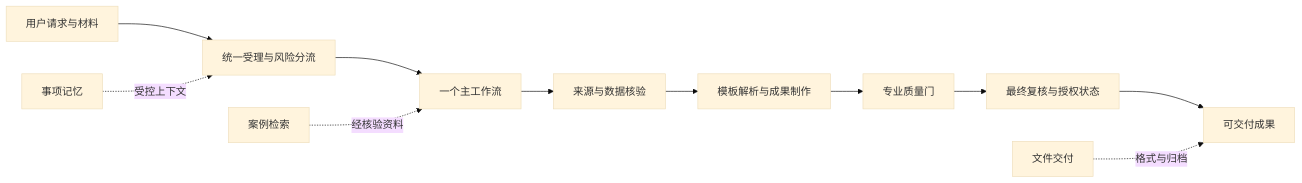
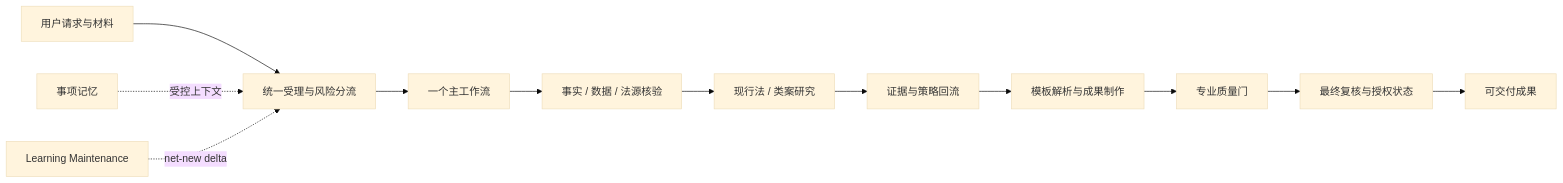
The diagram in README.md (384363367-dot/legal-os), drawn with Mermaid (base theme) before and after one commit. The commit also changed other lines of this file and 99 other files, not shown here.

````diff
--- a/README.md
+++ b/README.md
@@ -57,14 +101,15 @@
 ```mermaid
 flowchart LR
     A["用户请求与材料"] --> B["统一受理与风险分流"]
     B --> C["一个主工作流"]
-    C --> D["来源与数据核验"]
-    D --> E["模板解析与成果制作"]
-    E --> F["专业质量门"]
-    F --> G["最终复核与授权状态"]
-    G --> H["可交付成果"]
+    C --> D["事实 / 数据 / 法源核验"]
+    D --> E["现行法 / 类案研究"]
+    E --> F["证据与策略回流"]
+    F --> G["模板解析与成果制作"]
+    G --> H["专业质量门"]
+    H --> I["最终复核与授权状态"]
+    I --> J["可交付成果"]
 
-    I["事项记忆"] -. 受控上下文 .-> B
-    J["案例检索"] -. 经核验资料 .-> C
-    K["文件交付"] -. 格式与归档 .-> H
+    K["事项记忆"] -. 受控上下文 .-> B
+    L["Learning Maintenance"] -. net-new delta .-> B
 ```
````
